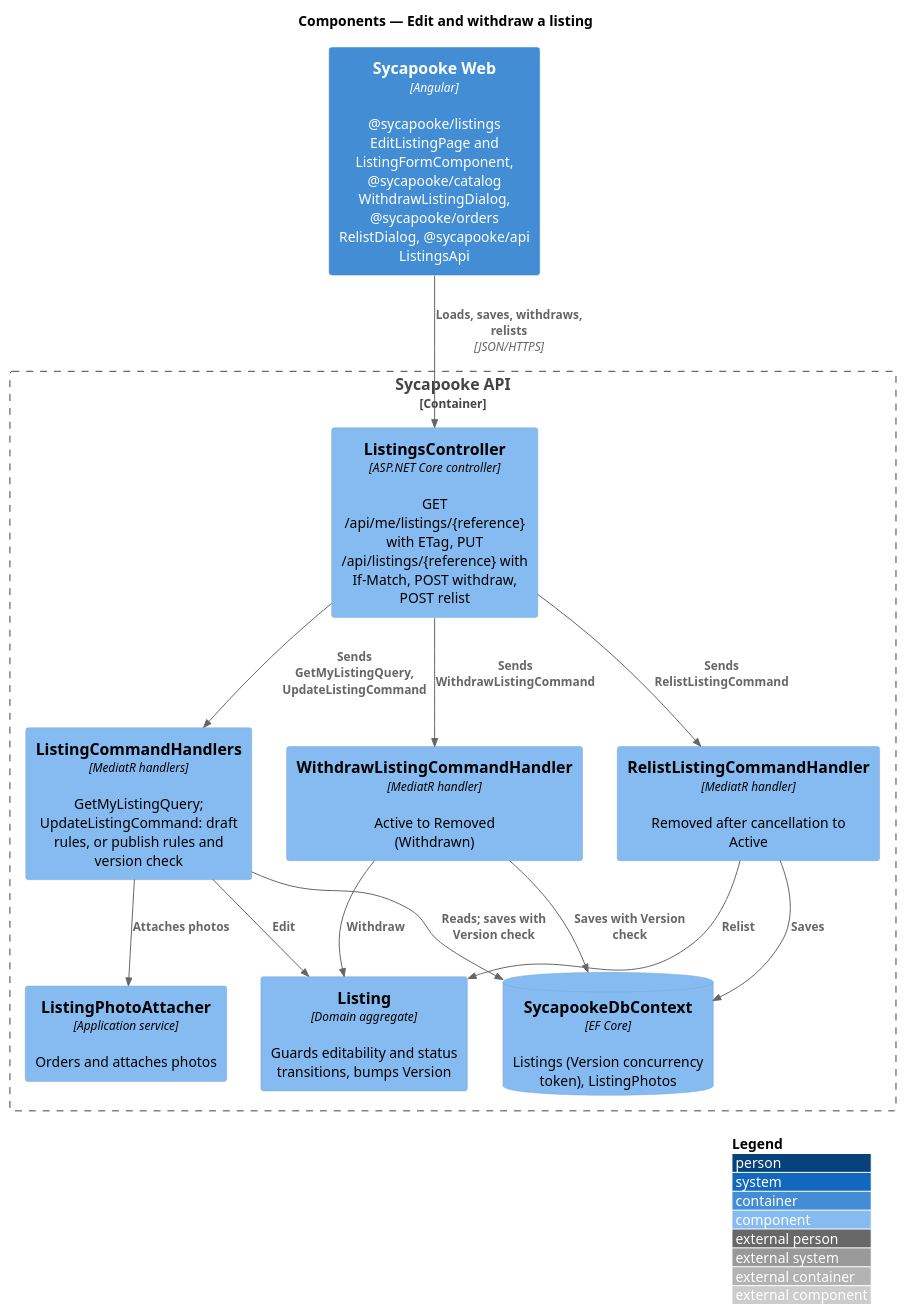
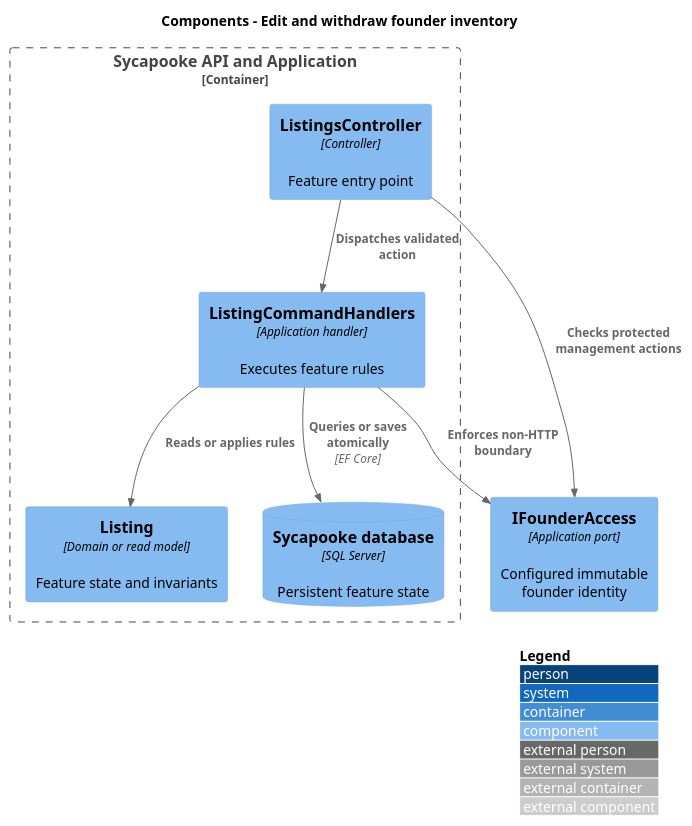
One commit to QuinntyneBrown/sycapooke changed the diagram in docs/detailed-designs/listings/edit-and-withdraw-listing/diagrams/c4-component.puml. Above: the diagram before and after it, drawn with PlantUML. The commit also changed 860 other files, not shown here.

```diff
--- a/docs/detailed-designs/listings/edit-and-withdraw-listing/diagrams/c4-component.puml
+++ b/docs/detailed-designs/listings/edit-and-withdraw-listing/diagrams/c4-component.puml
@@ -1,27 +1,17 @@
 @startuml
 !include <C4/C4_Component>
 LAYOUT_WITH_LEGEND()
-title Components — Edit and withdraw a listing
-
-Container(web, "Sycapooke Web", "Angular", "@sycapooke/listings EditListingPage and ListingFormComponent, @sycapooke/catalog WithdrawListingDialog, @sycapooke/orders RelistDialog, @sycapooke/api ListingsApi")
-Container_Boundary(api, "Sycapooke API") {
-  Component(ctrl, "ListingsController", "ASP.NET Core controller", "GET /api/me/listings/{reference} with ETag, PUT /api/listings/{reference} with If-Match, POST withdraw, POST relist")
-  Component(update, "ListingCommandHandlers", "MediatR handlers", "GetMyListingQuery; UpdateListingCommand: draft rules, or publish rules and version check")
-  Component(withdraw, "WithdrawListingCommandHandler", "MediatR handler", "Active to Removed (Withdrawn)")
-  Component(relist, "RelistListingCommandHandler", "MediatR handler", "Removed after cancellation to Active")
-  Component(attacher, "ListingPhotoAttacher", "Application service", "Orders and attaches photos")
-  Component(entity, "Listing", "Domain aggregate", "Guards editability and status transitions, bumps Version")
-  ComponentDb(db, "SycapookeDbContext", "EF Core", "Listings (Version concurrency token), ListingPhotos")
+title Components - Edit and withdraw founder inventory
+Container_Boundary(slice, "Sycapooke API and Application") {
+  Component(entry, "ListingsController", "Controller", "Feature entry point")
+  Component(handler, "ListingCommandHandlers", "Application handler", "Executes feature rules")
+  Component(entity, "Listing", "Domain or read model", "Feature state and invariants")
+  ComponentDb(db, "Sycapooke database", "SQL Server", "Persistent feature state")
 }
-Rel(web, ctrl, "Loads, saves, withdraws, relists", "JSON/HTTPS")
-Rel(ctrl, update, "Sends GetMyListingQuery, UpdateListingCommand")
-Rel(ctrl, withdraw, "Sends WithdrawListingCommand")
-Rel(ctrl, relist, "Sends RelistListingCommand")
-Rel(update, attacher, "Attaches photos")
-Rel(update, entity, "Edit")
-Rel(withdraw, entity, "Withdraw")
-Rel(relist, entity, "Relist")
-Rel(update, db, "Reads; saves with Version check")
-Rel(withdraw, db, "Saves with Version check")
-Rel(relist, db, "Saves")
+Rel(entry, handler, "Dispatches validated action")
+Rel(handler, entity, "Reads or applies rules")
+Rel(handler, db, "Queries or saves atomically", "EF Core")
+Component(access, "IFounderAccess", "Application port", "Configured immutable founder identity")
+Rel(entry, access, "Checks protected management actions")
+Rel(handler, access, "Enforces non-HTTP boundary")
 @enduml
```
